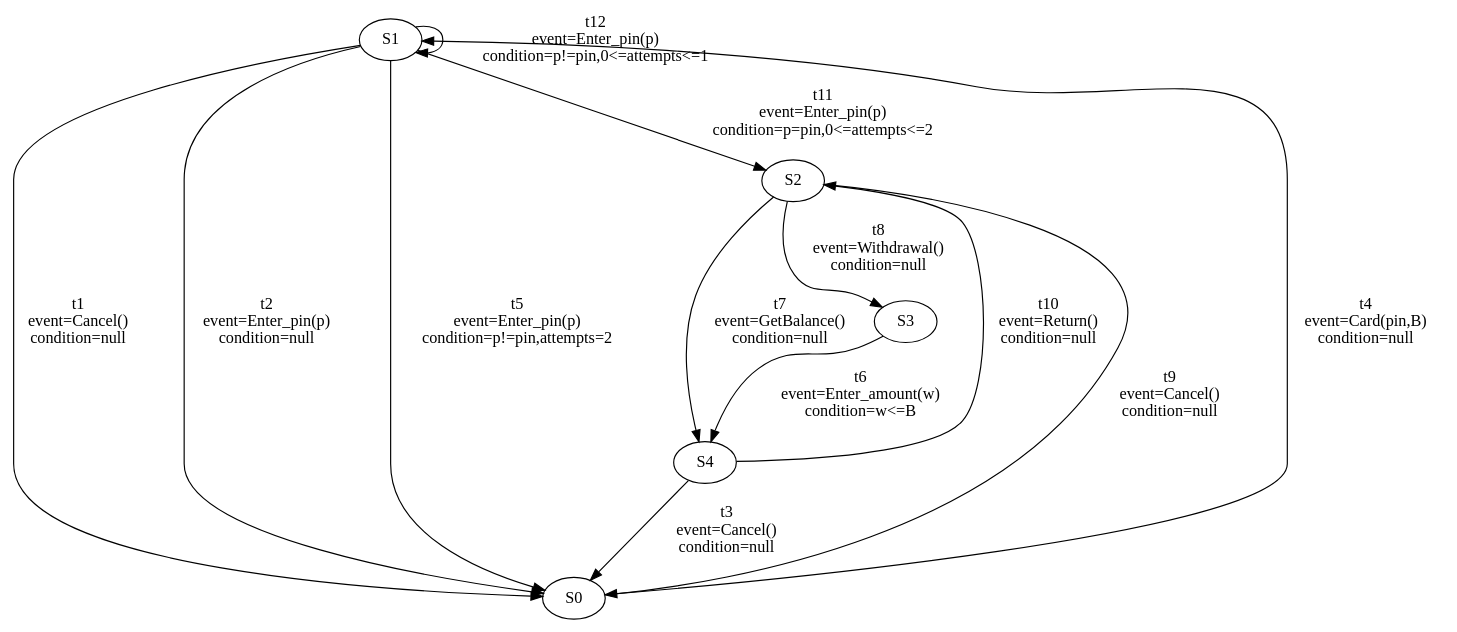
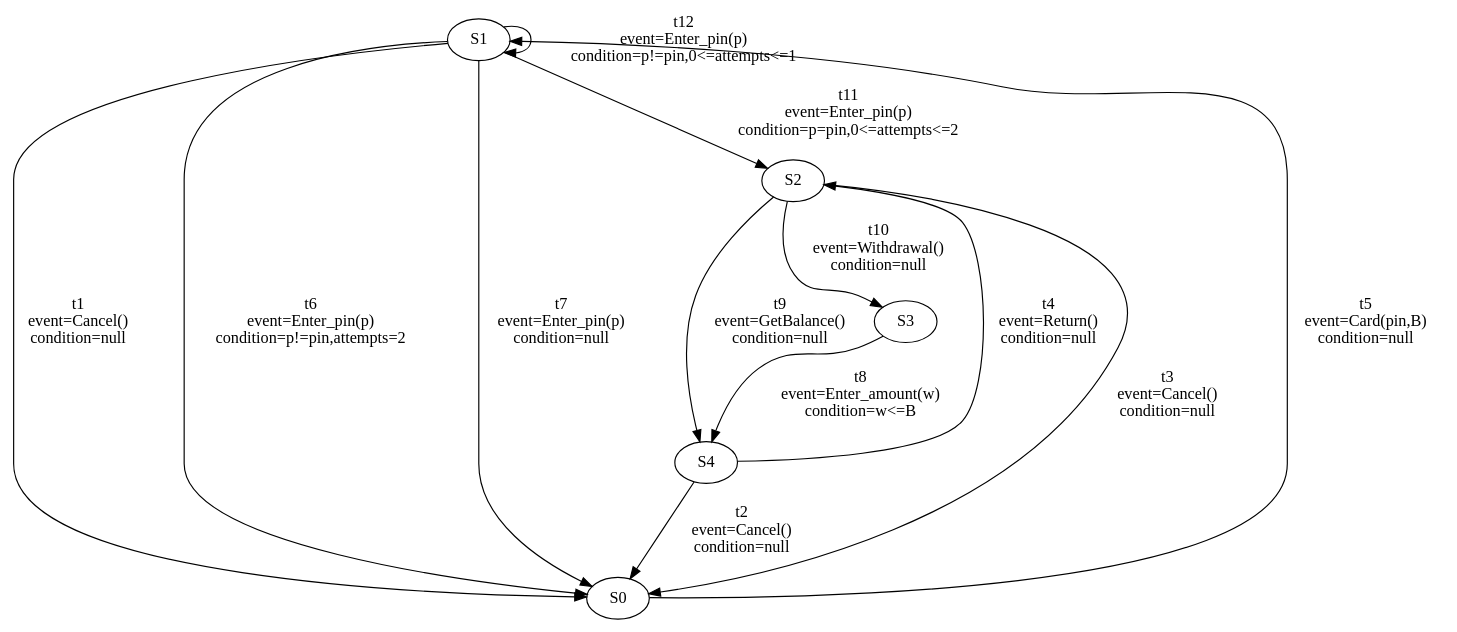
One commit to Catxiaobai/project changed the diagram in file/result1.dot. Above: the diagram before and after it, drawn with Graphviz. The commit also changed 2395 other files, not shown here.

```diff
--- a/file/result1.dot
+++ b/file/result1.dot
@@ -1,38 +1,38 @@
 digraph g {
  S1 -> S0 [ label="t1
 event=Cancel()
 condition=null" ];
- S1 -> S0 [ label="t2
+ S4 -> S0 [ label="t2
+event=Cancel()
+condition=null" ];
+ S2 -> S0 [ label="t3
+event=Cancel()
+condition=null" ];
+ S4 -> S2 [ label="t4
+event=Return()
+condition=null" ];
+ S0 -> S1 [ label="t5
+event=Card(pin,B)
+condition=null" ];
+ S1 -> S0 [ label="t6
+event=Enter_pin(p)
+condition=p!=pin,attempts=2" ];
+ S1 -> S0 [ label="t7
 event=Enter_pin(p)
 condition=null" ];
- S4 -> S0 [ label="t3
-event=Cancel()
-condition=null" ];
- S0 -> S1 [ label="t4
-event=Card(pin,B)
-condition=null" ];
- S1 -> S0 [ label="t5
-event=Enter_pin(p)
-condition=p!=pin,attempts=2" ];
- S3 -> S4 [ label="t6
+ S3 -> S4 [ label="t8
 event=Enter_amount(w)
 condition=w<=B" ];
- S2 -> S4 [ label="t7
+ S2 -> S4 [ label="t9
 event=GetBalance()
 condition=null" ];
- S2 -> S3 [ label="t8
+ S2 -> S3 [ label="t10
 event=Withdrawal()
-condition=null" ];
- S2 -> S0 [ label="t9
-event=Cancel()
-condition=null" ];
- S4 -> S2 [ label="t10
-event=Return()
 condition=null" ];
  S1 -> S2 [ label="t11
 event=Enter_pin(p)
 condition=p=pin,0<=attempts<=2" ];
  S1 -> S1 [ label="t12
 event=Enter_pin(p)
 condition=p!=pin,0<=attempts<=1" ];
 }
```
